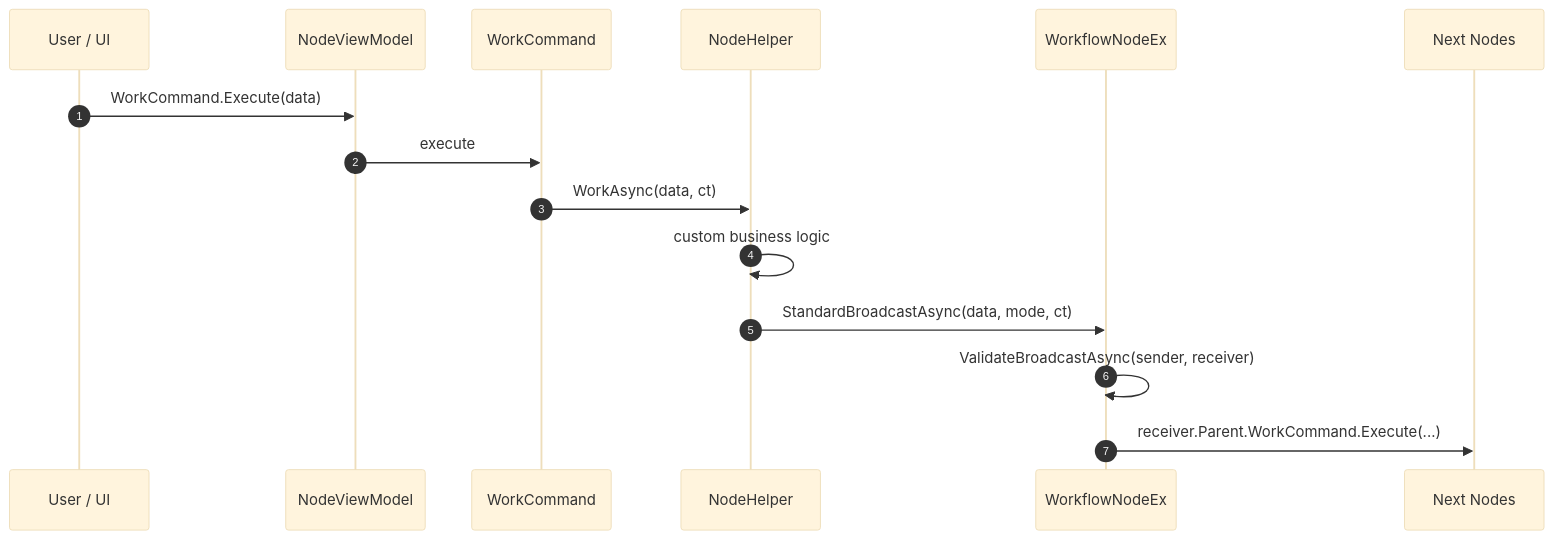
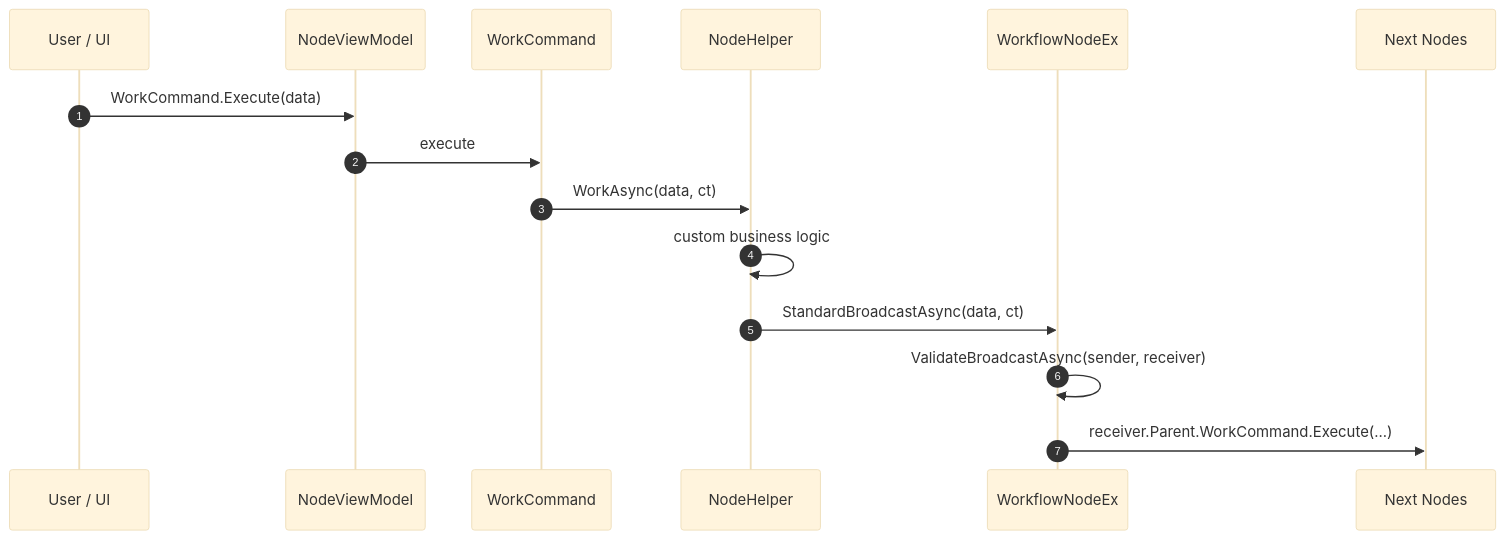
The diagram in Examples/Workflow/README.md (Axvser/VeloxDev), drawn with Mermaid (base theme) before and after one commit. The commit also changed other lines of this file and 115 other files, not shown here.

````diff
--- a/Examples/Workflow/README.md
+++ b/Examples/Workflow/README.md
@@ -327,18 +327,18 @@
 ```mermaid
 sequenceDiagram
     autonumber
     participant U as User / UI
     participant N as NodeViewModel
     participant C as WorkCommand
     participant H as NodeHelper
     participant EX as WorkflowNodeEx
     participant SN as Next Nodes
 
     U->>N: WorkCommand.Execute(data)
     N->>C: execute
     C->>H: WorkAsync(data, ct)
     H->>H: custom business logic
-    H->>EX: StandardBroadcastAsync(data, mode, ct)
+    H->>EX: StandardBroadcastAsync(data, ct)
     EX->>EX: ValidateBroadcastAsync(sender, receiver)
     EX->>SN: receiver.Parent.WorkCommand.Execute(...)
 ```
````
